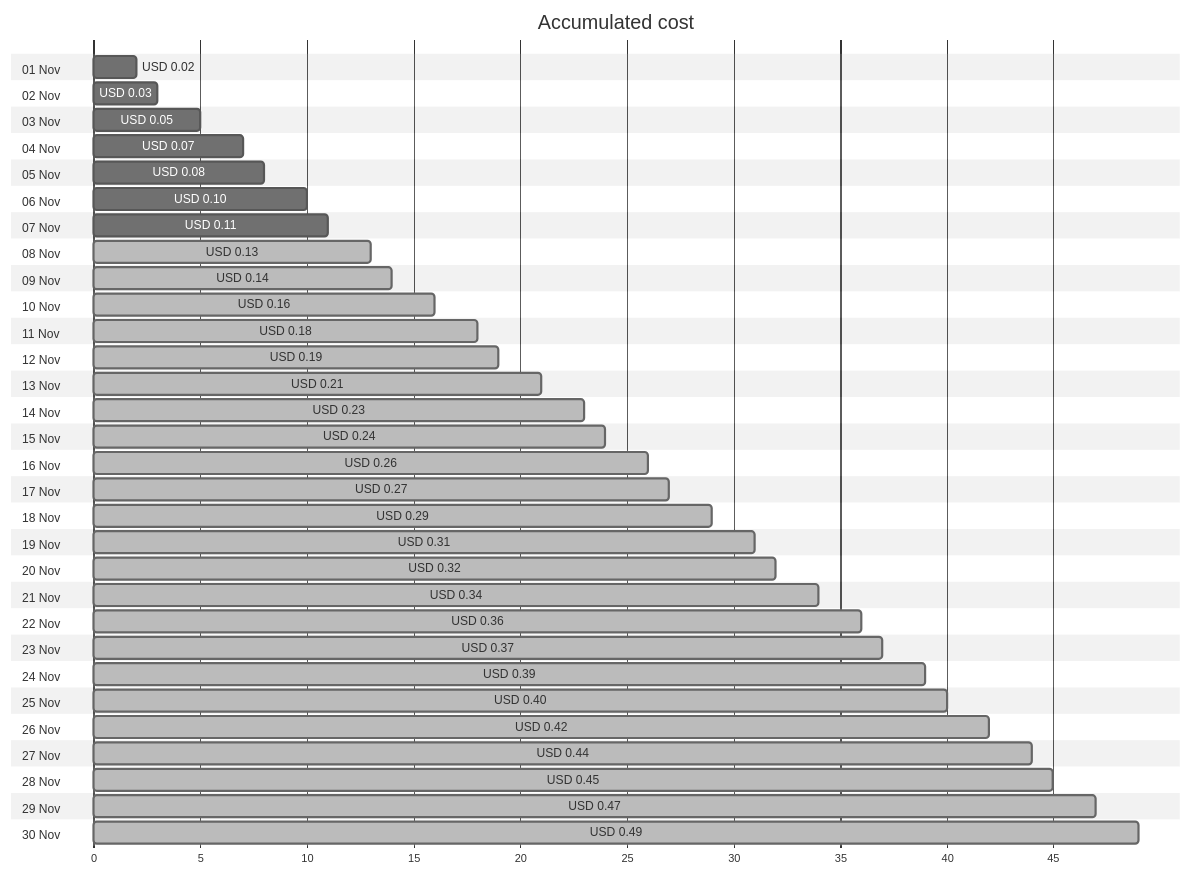
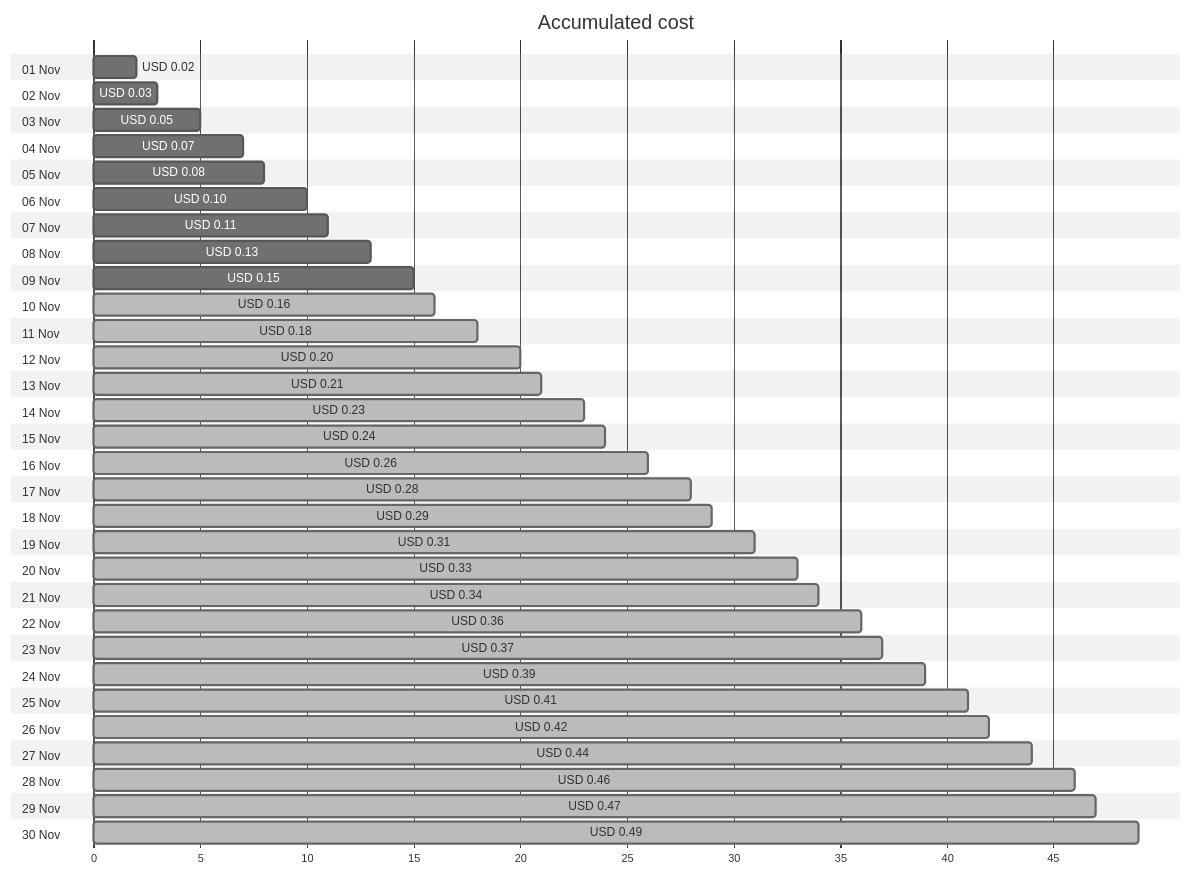
Before and after one commit to jpfulton/azure-personal-reports: the first of 4 diagrams in cost-reports/personal-dns/jpatrickfulton.com.md, drawn with Mermaid (neutral theme). The commit also changed other lines of this file and 2 other files, not shown here.

````diff
--- a/cost-reports/personal-dns/jpatrickfulton.com.md
+++ b/cost-reports/personal-dns/jpatrickfulton.com.md
@@ -20,66 +20,66 @@
 ```mermaid
 gantt
    title Accumulated cost
    dateFormat  X
    axisFormat %s
    section 01 Nov
    USD 0.02 :0, 2
    section 02 Nov
    USD 0.03 :0, 3
    section 03 Nov
    USD 0.05 :0, 5
    section 04 Nov
    USD 0.07 :0, 7
    section 05 Nov
    USD 0.08 :0, 8
    section 06 Nov
    USD 0.10 :0, 10
    section 07 Nov
    USD 0.11 :0, 11
    section 08 Nov
-   USD 0.13 : done, 0, 13
+   USD 0.13 :0, 13
    section 09 Nov
-   USD 0.14 : done, 0, 14
+   USD 0.15 :0, 15
    section 10 Nov
    USD 0.16 : done, 0, 16
    section 11 Nov
    USD 0.18 : done, 0, 18
    section 12 Nov
-   USD 0.19 : done, 0, 19
+   USD 0.20 : done, 0, 20
    section 13 Nov
    USD 0.21 : done, 0, 21
    section 14 Nov
    USD 0.23 : done, 0, 23
    section 15 Nov
    USD 0.24 : done, 0, 24
    section 16 Nov
    USD 0.26 : done, 0, 26
    section 17 Nov
-   USD 0.27 : done, 0, 27
+   USD 0.28 : done, 0, 28
    section 18 Nov
    USD 0.29 : done, 0, 29
    section 19 Nov
    USD 0.31 : done, 0, 31
    section 20 Nov
-   USD 0.32 : done, 0, 32
+   USD 0.33 : done, 0, 33
    section 21 Nov
    USD 0.34 : done, 0, 34
    section 22 Nov
    USD 0.36 : done, 0, 36
    section 23 Nov
    USD 0.37 : done, 0, 37
    section 24 Nov
    USD 0.39 : done, 0, 39
    section 25 Nov
-   USD 0.40 : done, 0, 40
+   USD 0.41 : done, 0, 41
    section 26 Nov
    USD 0.42 : done, 0, 42
    section 27 Nov
    USD 0.44 : done, 0, 44
    section 28 Nov
-   USD 0.45 : done, 0, 45
+   USD 0.46 : done, 0, 46
    section 29 Nov
    USD 0.47 : done, 0, 47
    section 30 Nov
    USD 0.49 : done, 0, 49
 ```
````
